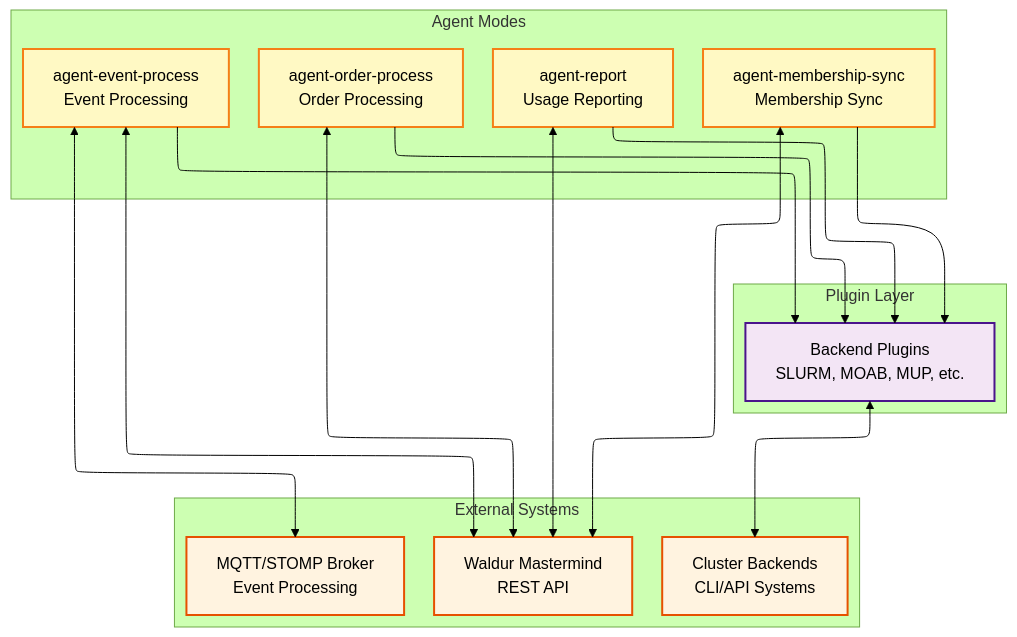
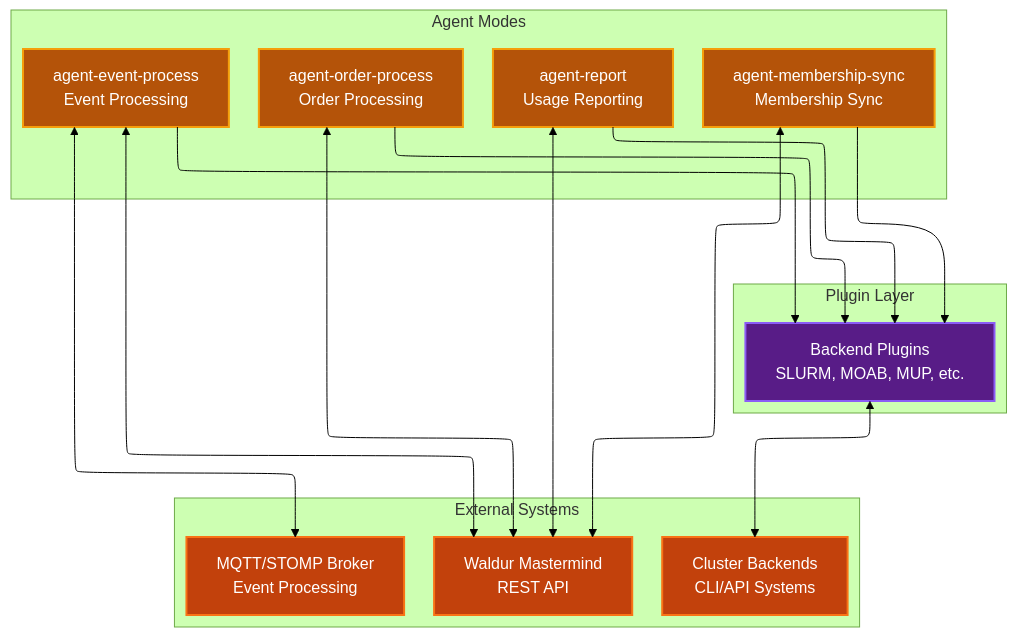
One commit to waldur/waldur-docs changed the second of 2 diagrams in docs/admin-guide/providers/docs/architecture.md. Above: the diagram before and after it, drawn with Mermaid (forest theme). The commit also changed other lines of this file, not shown here.

Commit message:
Update Waldur Site Agent docs

````diff
--- a/docs/admin-guide/providers/docs/architecture.md
+++ b/docs/admin-guide/providers/docs/architecture.md
@@ -59,46 +59,46 @@
 ```mermaid
 ---
 config:
   layout: elk
 ---
 graph TB
     subgraph "Agent Modes"
         ORDER[agent-order-process<br/>Order Processing]
         REPORT[agent-report<br/>Usage Reporting]
         SYNC[agent-membership-sync<br/>Membership Sync]
         EVENT[agent-event-process<br/>Event Processing]
     end
 
     subgraph "Plugin Layer"
         PLUGINS[Backend Plugins<br/>SLURM, MOAB, MUP, etc.]
     end
 
     subgraph "External Systems"
         WALDUR[Waldur Mastermind<br/>REST API]
         BACKENDS[Cluster Backends<br/>CLI/API Systems]
         MQTT[MQTT/STOMP Broker<br/>Event Processing]
     end
 
     %% Agent mode usage of plugins
     ORDER --> PLUGINS
     REPORT --> PLUGINS
     SYNC --> PLUGINS
     EVENT --> PLUGINS
 
     %% External connections
     ORDER <--> WALDUR
     REPORT <--> WALDUR
     SYNC <--> WALDUR
     EVENT <--> WALDUR
     EVENT <--> MQTT
     PLUGINS <--> BACKENDS
 
-    %% Styling
-    classDef agent fill:#fff9c4,stroke:#f57f17,stroke-width:2px
-    classDef plugin fill:#f3e5f5,stroke:#4a148c,stroke-width:2px
-    classDef external fill:#fff3e0,stroke:#e65100,stroke-width:2px
+    %% Styling - Dark mode compatible colors
+    classDef agent fill:#B45309,stroke:#F59E0B,stroke-width:2px,color:#FFFFFF
+    classDef plugin fill:#581C87,stroke:#8B5CF6,stroke-width:2px,color:#FFFFFF
+    classDef external fill:#C2410C,stroke:#F97316,stroke-width:2px,color:#FFFFFF
 
     class ORDER,REPORT,SYNC,EVENT agent
     class PLUGINS plugin
     class WALDUR,BACKENDS,MQTT external
 ```
````
